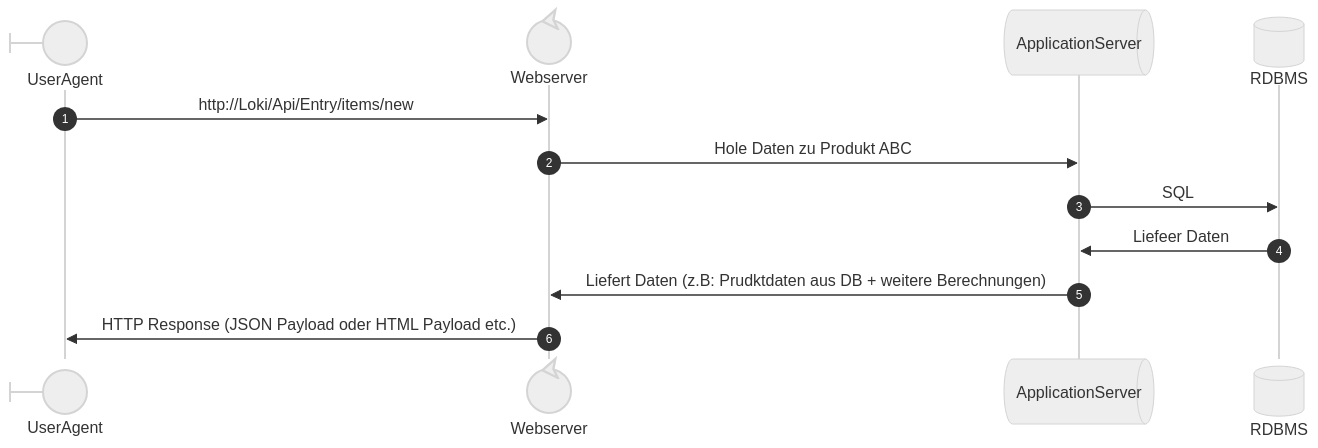
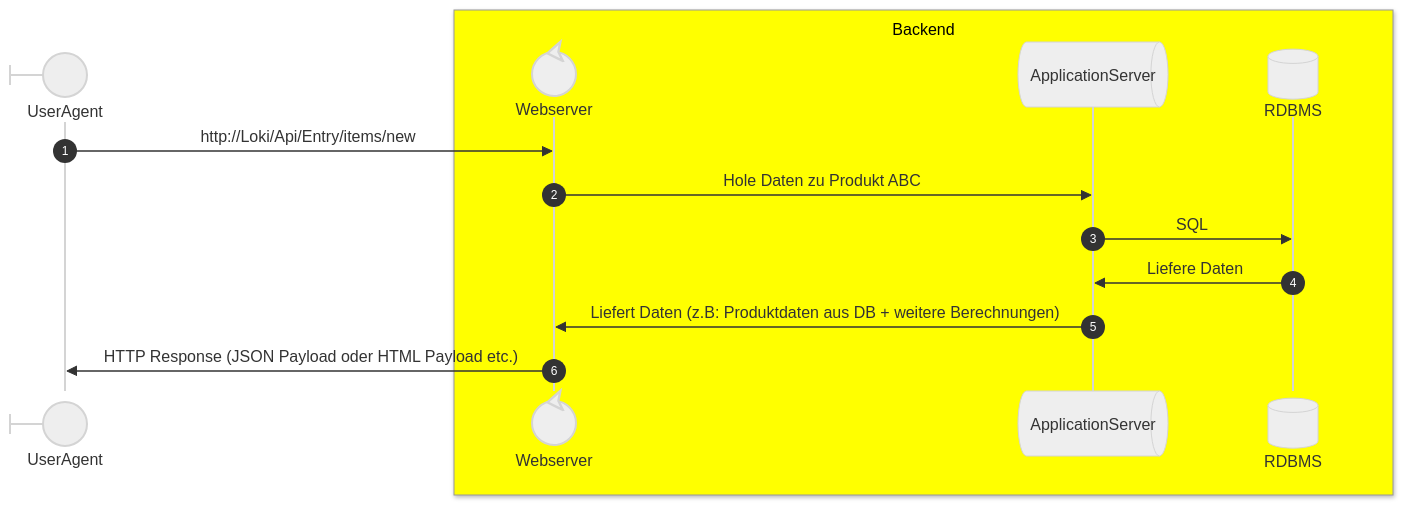
Before and after one commit to nevsglueckauf/WhatsTheStory: the diagram in net/Multi_Tier.md, drawn with Mermaid.

Commit message:
Adding Multi Tier Model

````diff
--- a/net/Multi_Tier.md
+++ b/net/Multi_Tier.md
@@ -6,20 +6,22 @@
 ```mermaid
 ---
 config:
   look: handDrawn
   theme: neutral
 ---
 sequenceDiagram
 autonumber
     participant UserAgent@{ "type" : "boundary"}
-    participant Webserver@{ "type" : "control" }
-    participant ApplicationServer@{ "type" : "queue" }
-    participant RDBMS@{ "type" : "database" }
+    box yellow Backend
+      participant Webserver@{ "type" : "control" }
+      participant ApplicationServer@{ "type" : "queue" }
+      participant RDBMS@{ "type" : "database" }
+    end
     UserAgent->>Webserver: http://Loki/Api/Entry/items/new 
     Webserver->>ApplicationServer: Hole Daten zu Produkt ABC
     ApplicationServer->>RDBMS:SQL
-    RDBMS->>ApplicationServer:Liefeer Daten
-    ApplicationServer->>Webserver: Liefert Daten (z.B: Prudktdaten aus DB + weitere Berechnungen)
+    RDBMS->>ApplicationServer:Liefere Daten
+    ApplicationServer->>Webserver: Liefert Daten (z.B: Produktdaten aus DB + weitere Berechnungen)
     Webserver->>UserAgent: HTTP Response (JSON Payload oder HTML Payload etc.)
     
 ```
````
